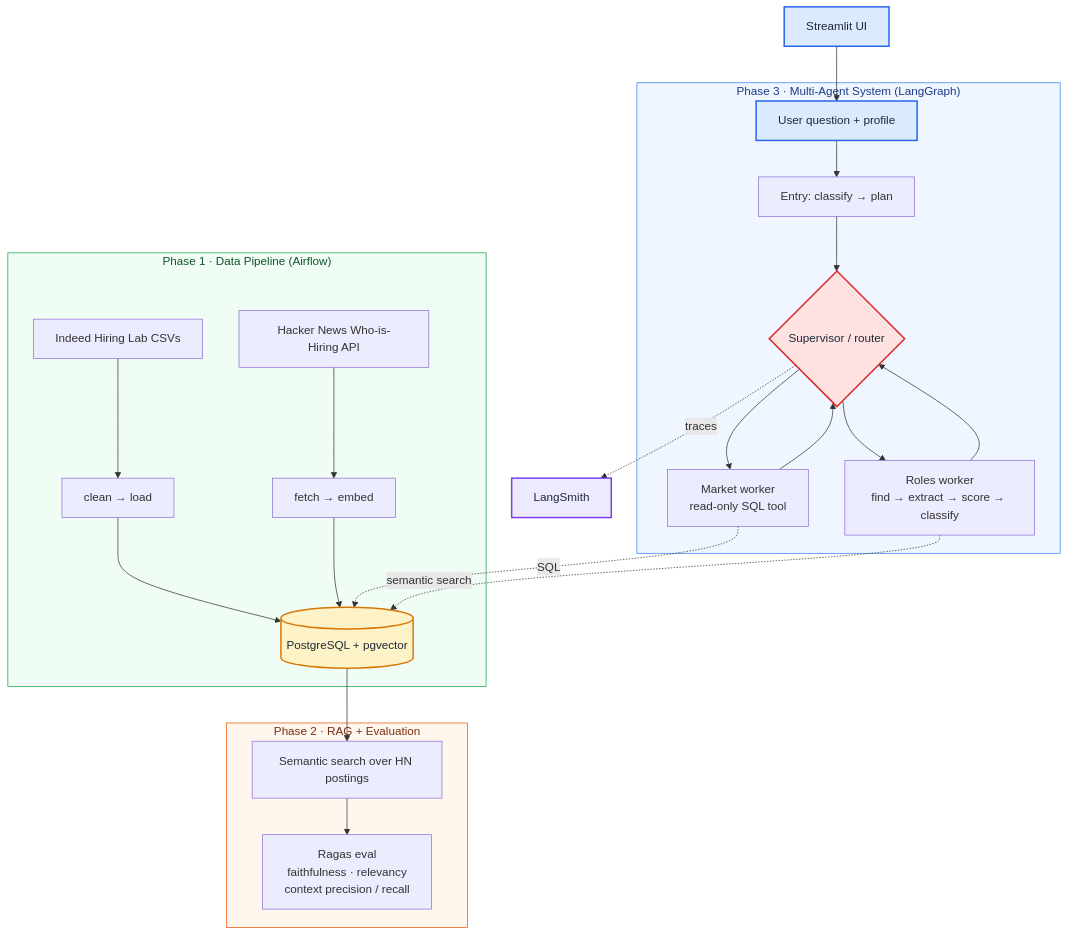
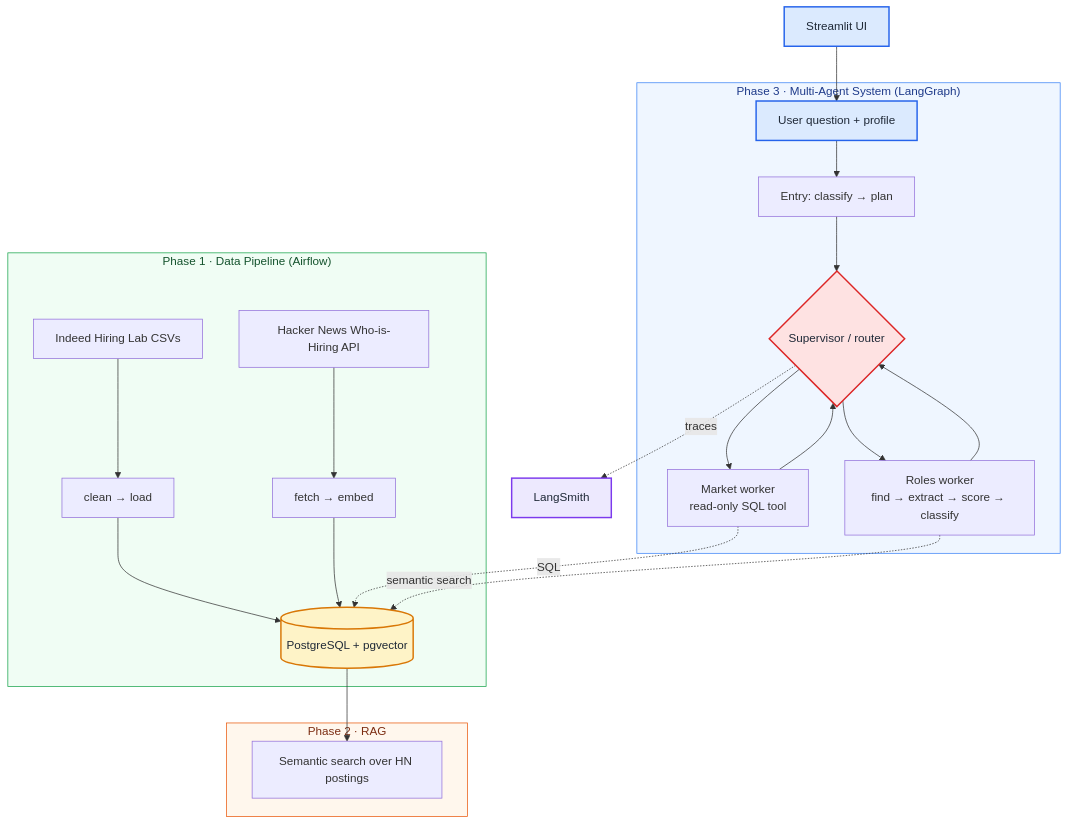
Before and after one commit to can005/job-market-analyzer: the diagram in README.md, drawn with Mermaid. The commit also changed other lines of this file, not shown here.

Commit message:
Rewrite README eval section

````diff
--- a/README.md
+++ b/README.md
@@ -33,43 +33,42 @@
 ```mermaid
 flowchart TD
     UI[Streamlit UI] --> Q[User question + profile]
 
     subgraph Pipeline["Phase 1 · Data Pipeline (Airflow)"]
         A[Indeed Hiring Lab CSVs] --> C[clean → load]
         B[Hacker News Who-is-Hiring API] --> D[fetch → embed]
         C --> PG[(PostgreSQL + pgvector)]
         D --> PG
     end
 
-    subgraph RAG["Phase 2 · RAG + Evaluation"]
+    subgraph RAG["Phase 2 · RAG"]
         PG --> R[Semantic search over HN postings]
-        R --> RA["Ragas eval<br/>faithfulness · relevancy<br/>context precision / recall"]
     end
 
     subgraph Agents["Phase 3 · Multi-Agent System (LangGraph)"]
         Q --> E[Entry: classify → plan]
         E --> S{Supervisor / router}
         S --> M["Market worker<br/>read-only SQL tool"]
         S --> RO["Roles worker<br/>find → extract → score → classify"]
         M --> S
         RO --> S
     end
 
     M -. SQL .-> PG
     RO -. semantic search .-> PG
     S -. traces .-> L[LangSmith]
 
     classDef store fill:#fef3c7,stroke:#d97706,stroke-width:2px,color:#1f2937
     classDef ui fill:#dbeafe,stroke:#2563eb,stroke-width:2px,color:#1f2937
     classDef obs fill:#ede9fe,stroke:#7c3aed,stroke-width:2px,color:#1f2937
     classDef router fill:#fee2e2,stroke:#dc2626,stroke-width:2px,color:#1f2937
 
     class PG store
     class UI,Q ui
     class L obs
     class S router
 
     style Pipeline fill:#f0fdf4,stroke:#16a34a,color:#14532d
     style RAG fill:#fff7ed,stroke:#ea580c,color:#7c2d12
     style Agents fill:#eff6ff,stroke:#3b82f6,color:#1e3a8a
 ```
````
